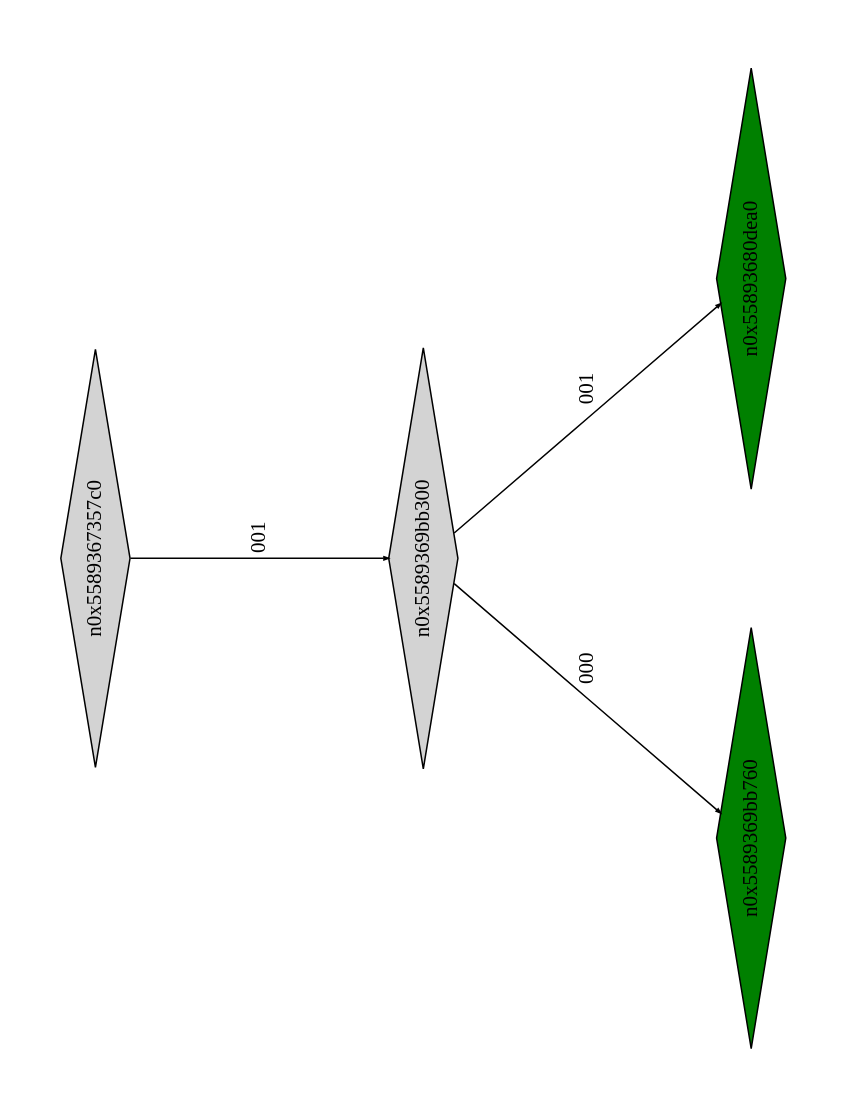
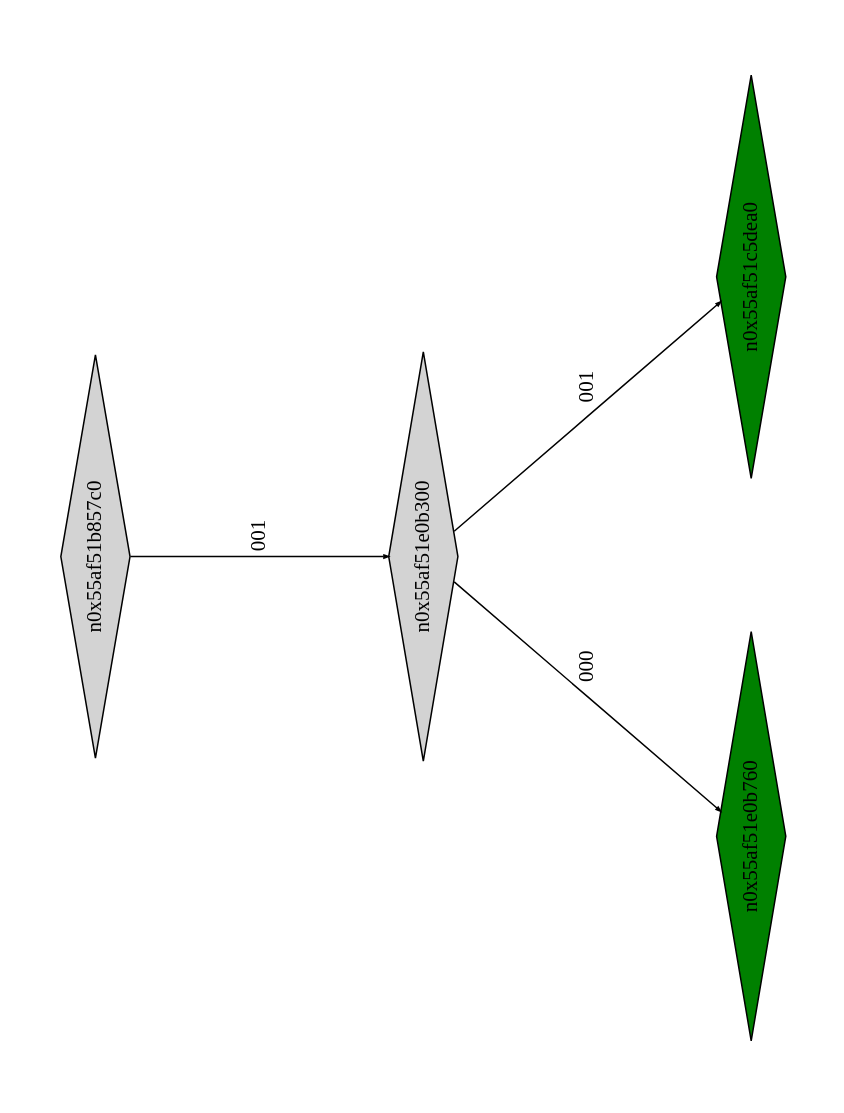
The diagram in example2_klee_out/ptree_00000049.dot (Research-Tools-PAVT/PSE-Program-Examples), drawn with Graphviz before and after one commit. The commit also changed 60 other files, not shown here.

```diff
--- a/example2_klee_out/ptree_00000049.dot
+++ b/example2_klee_out/ptree_00000049.dot
@@ -1,15 +1,15 @@
 digraph G {
 	size="10,7.5";
 	ratio=fill;
 	rotate=90;
 	center = "true";
 	node [style="filled",width=.1,height=.1,fontname="Terminus"]
 	edge [arrowsize=.3]
-	n0x5589367357c0 [shape=diamond];
-	n0x5589367357c0 -> n0x5589369bb300 [label=001];
-	n0x5589369bb300 [shape=diamond];
-	n0x5589369bb300 -> n0x5589369bb760 [label=000];
-	n0x5589369bb300 -> n0x55893680dea0 [label=001];
-	n0x55893680dea0 [shape=diamond,fillcolor=green];
-	n0x5589369bb760 [shape=diamond,fillcolor=green];
+	n0x55af51b857c0 [shape=diamond];
+	n0x55af51b857c0 -> n0x55af51e0b300 [label=001];
+	n0x55af51e0b300 [shape=diamond];
+	n0x55af51e0b300 -> n0x55af51e0b760 [label=000];
+	n0x55af51e0b300 -> n0x55af51c5dea0 [label=001];
+	n0x55af51c5dea0 [shape=diamond,fillcolor=green];
+	n0x55af51e0b760 [shape=diamond,fillcolor=green];
 }
```
